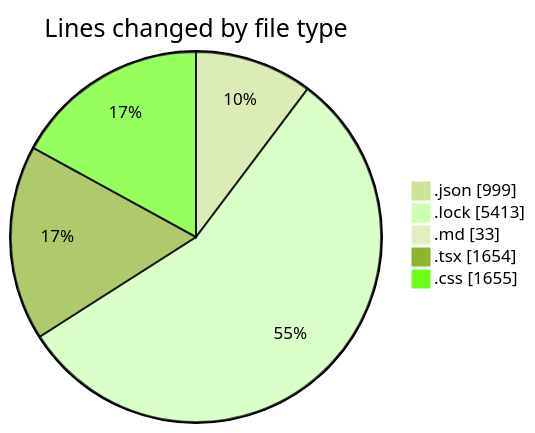
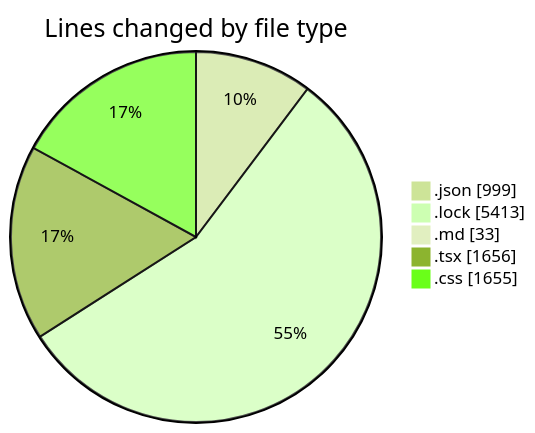
One commit to EIIisD/code-tracking changed the first of 2 diagrams in 2025-08-11/ribbon/README.md. Above: the diagram before and after it, drawn with Mermaid (forest theme). The commit also changed other lines of this file and 1 other file, not shown here.

````diff
--- a/2025-08-11/ribbon/README.md
+++ b/2025-08-11/ribbon/README.md
@@ -40,9 +40,9 @@
 ```mermaid
 pie showData
 title Lines changed by file type
 ".json" : 999
 ".lock" : 5413
 ".md" : 33
-".tsx" : 1654
+".tsx" : 1656
 ".css" : 1655
 ```
````
